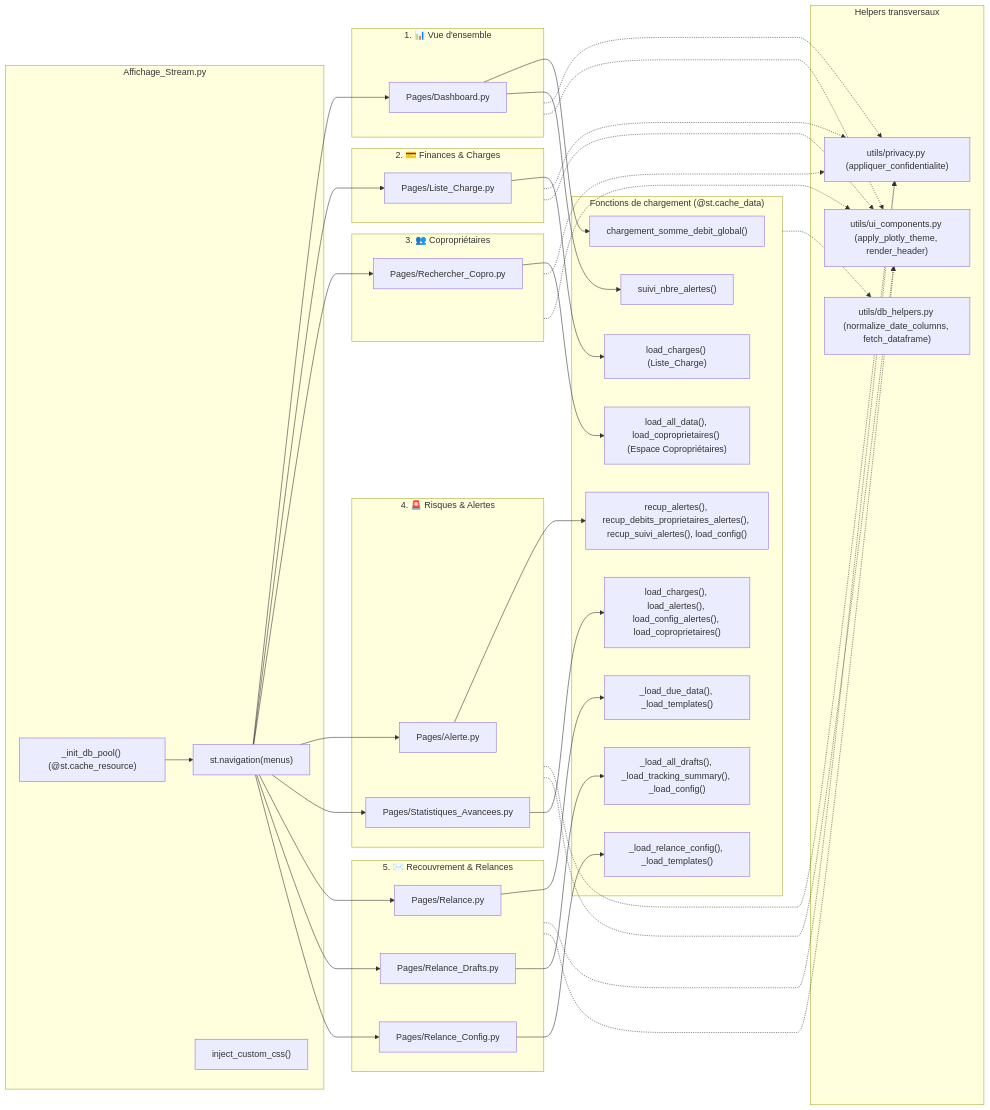
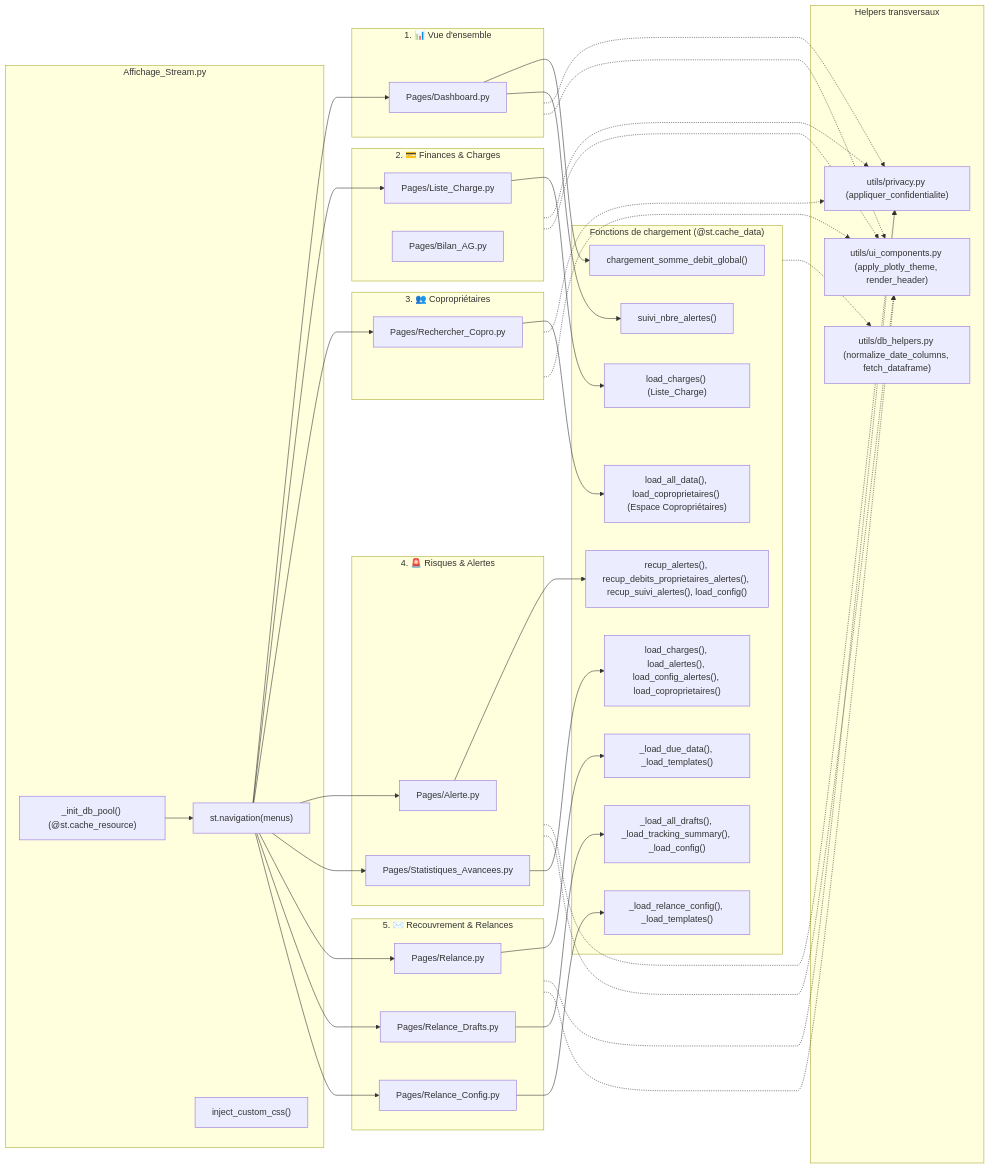
The fourth of 9 diagrams in reports/call_graph.md (therealcorwin/CPTCOPRO), drawn with Mermaid before and after one commit. The commit also changed other lines of this file and 2 other files, not shown here.

Commit message:
fix: Update documentation and tests for Streamlit pages count; adjust logic for relance configuration

````diff
--- a/reports/call_graph.md
+++ b/reports/call_graph.md
@@ -314,63 +314,64 @@
 ```mermaid
 flowchart LR
     subgraph ROOT[Affichage_Stream.py]
         pool["_init_db_pool() (@st.cache_resource)"]
         nav["st.navigation(menus)"]
         css["inject_custom_css()"]
     end
 
     subgraph SEC1["1. 📊 Vue d'ensemble"]
         p_dash["Pages/Dashboard.py"]
     end
 
     subgraph SEC2["2. 💳 Finances & Charges"]
         p_lc["Pages/Liste_Charge.py"]
+        p_bag["Pages/Bilan_AG.py"]
     end
 
     subgraph SEC3["3. 👥 Copropriétaires"]
         p_rech["Pages/Rechercher_Copro.py"]
     end
 
     subgraph SEC4["4. 🚨 Risques & Alertes"]
         p_ale["Pages/Alerte.py"]
         p_sadv["Pages/Statistiques_Avancees.py"]
     end
 
     subgraph SEC5["5. ✉️ Recouvrement & Relances"]
         p_rel["Pages/Relance.py"]
         p_drf["Pages/Relance_Drafts.py"]
         p_rcfg["Pages/Relance_Config.py"]
     end
 
     subgraph LOADERS["Fonctions de chargement (@st.cache_data)"]
         f_d1["chargement_somme_debit_global()"]
         f_d2["suivi_nbre_alertes()"]
         f_lc["load_charges() (Liste_Charge)"]
         f_rc["load_all_data(), load_coproprietaires() (Espace Copropriétaires)"]
         f_al1["recup_alertes(), recup_debits_proprietaires_alertes(), recup_suivi_alertes(), load_config()"]
         f_sa1["load_charges(), load_alertes(), load_config_alertes(), load_coproprietaires()"]
         f_r1["_load_due_data(), _load_templates()"]
         f_r2["_load_all_drafts(), _load_tracking_summary(), _load_config()"]
         f_r4["_load_relance_config(), _load_templates()"]
     end
 
     subgraph HELPERS["Helpers transversaux"]
         h_norm["utils/db_helpers.py (normalize_date_columns, fetch_dataframe)"]
         h_priv["utils/privacy.py (appliquer_confidentialite)"]
         h_ui["utils/ui_components.py (apply_plotly_theme, render_header)"]
     end
 
     pool --> nav
     nav --> p_dash --> f_d1 & f_d2
     nav --> p_lc --> f_lc
     nav --> p_rech --> f_rc
     nav --> p_ale --> f_al1
     nav --> p_sadv --> f_sa1
     nav --> p_rel --> f_r1
     nav --> p_drf --> f_r2
     nav --> p_rcfg --> f_r4
 
     LOADERS -.-> h_norm
     SEC1 & SEC2 & SEC3 & SEC4 & SEC5 -.-> h_priv
     SEC1 & SEC2 & SEC3 & SEC4 & SEC5 -.-> h_ui
 ```
````
